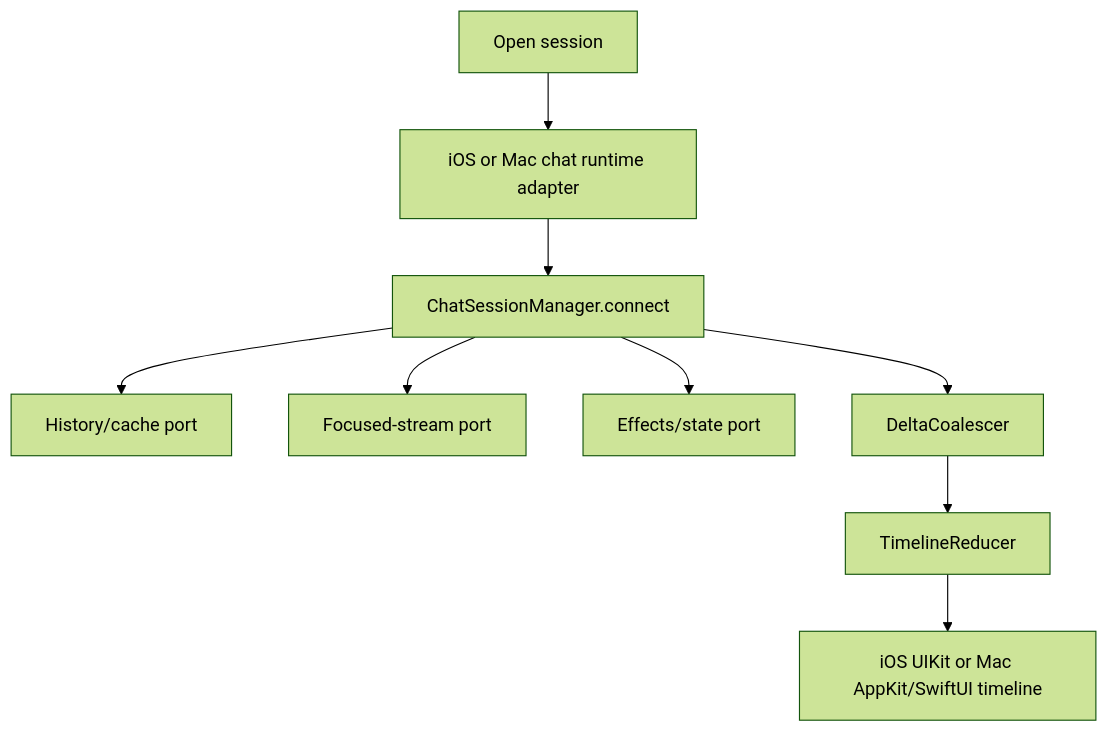
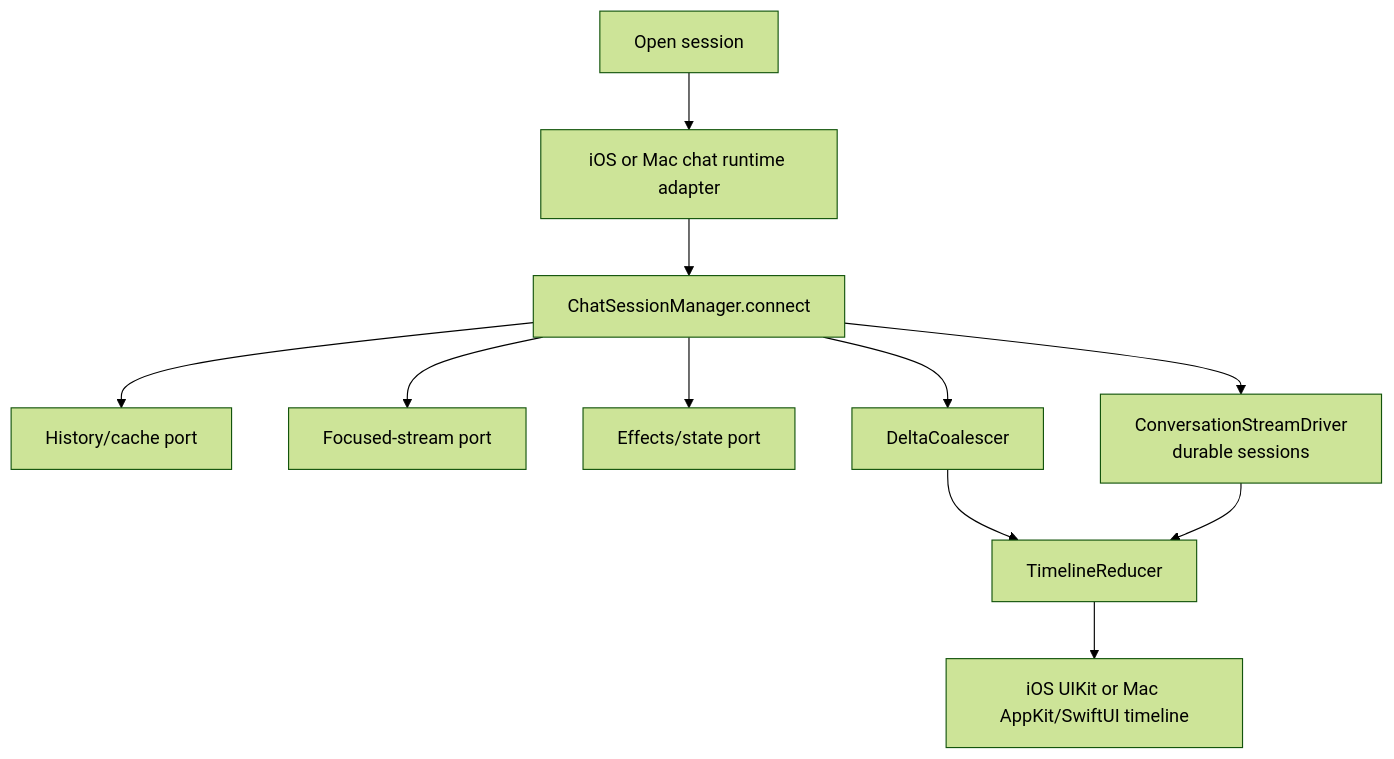
The third of 3 diagrams in dev/architecture-client/flows.md (duh17/oppi), drawn with Mermaid (forest theme) before and after one commit. The commit also changed other lines of this file and 16 other files, not shown here.

First line of the commit message:
feat: feed durable chat timelines from the conversation stream

````diff
--- a/dev/architecture-client/flows.md
+++ b/dev/architecture-client/flows.md
@@ -75,21 +75,24 @@
 ```mermaid
 graph TD
   Open[Open session]
   Adapter[iOS or Mac chat runtime adapter]
   Manager[ChatSessionManager.connect]
   Cache[History/cache port]
   Stream[Focused-stream port]
   Effects[Effects/state port]
   Coalescer[DeltaCoalescer]
+  Replica[ConversationStreamDriver<br/>durable sessions]
   Reducer[TimelineReducer]
   Paint[iOS UIKit or Mac AppKit/SwiftUI timeline]
 
   Open --> Adapter
   Adapter --> Manager
   Manager --> Cache
   Manager --> Stream
   Manager --> Effects
   Manager --> Coalescer
+  Manager --> Replica
   Coalescer --> Reducer
+  Replica --> Reducer
   Reducer --> Paint
 ```
````
